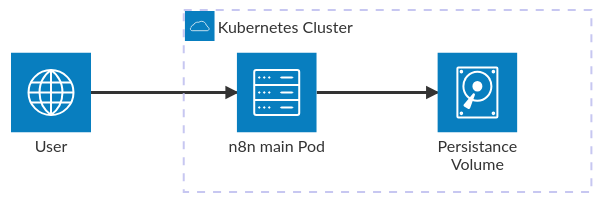
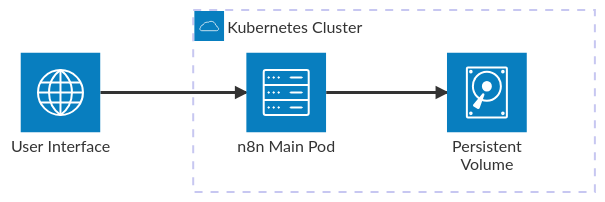
Before and after one commit to community-charts/community-charts.github.io: the first of 3 diagrams in docs/charts/n8n/usage.md, drawn with Mermaid. The commit also changed other lines of this file and 7 other files, not shown here.

Commit message:
Restructure n8n chart documentation pages and add persistence information

````diff
--- a/docs/charts/n8n/usage.md
+++ b/docs/charts/n8n/usage.md
@@ -268,12 +294,12 @@
 ```mermaid
 architecture-beta
   group k8s(cloud)[Kubernetes Cluster]
 
-  service ui(internet)[User]
+  service ui(internet)[User Interface]
 
-  service main(server)[n8n main Pod] in k8s
-  service pv(disk)[Persistance Volume] in k8s
+  service main(server)[n8n Main Pod] in k8s
+  service pv(disk)[Persistent Volume] in k8s
 
   ui:R --> L:main
   main:R --> L:pv
 ```
````
